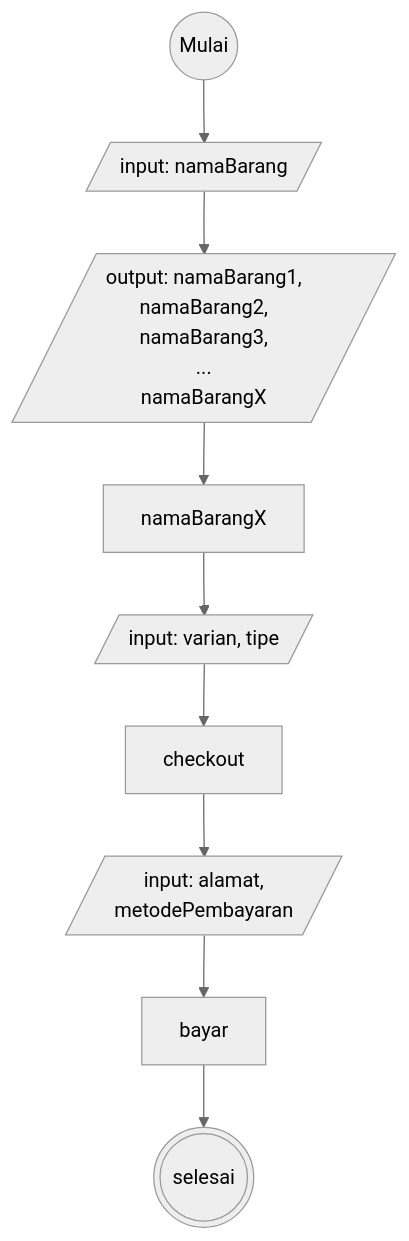
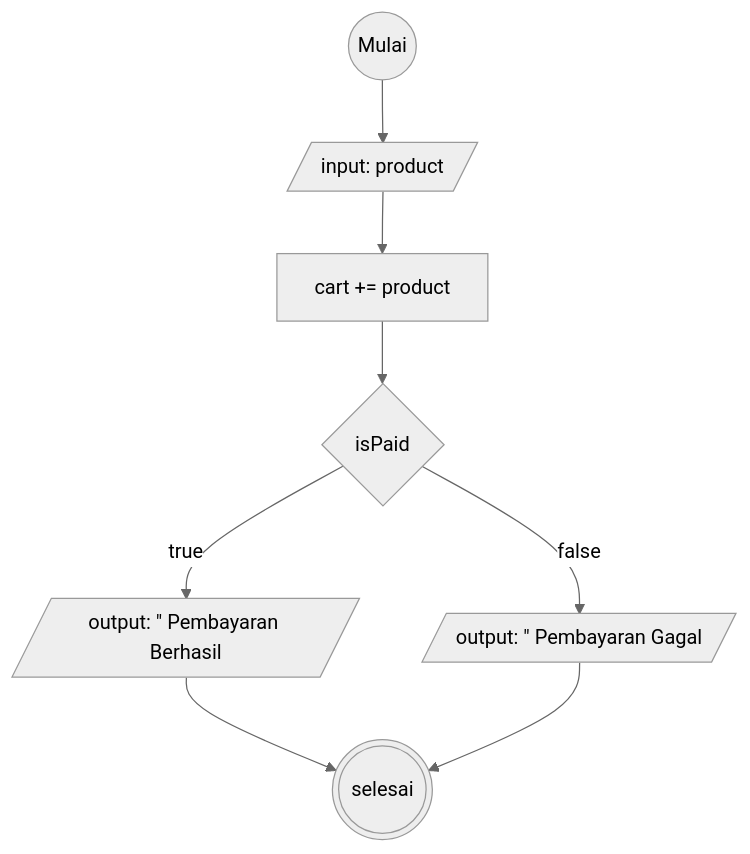
Before and after one commit to mslthn/koda-b6-algoritma: the diagram in algoritma-checkout-tokopedia.md, drawn with Mermaid (neutral theme). The commit also changed other lines of this file, not shown here.

````diff
--- a/algoritma-checkout-tokopedia.md
+++ b/algoritma-checkout-tokopedia.md
@@ -58,26 +12,16 @@
 ```mermaid
 flowchart TD
     mulai@{ shape: circ, label: "Mulai"}
-    cari@{shape: lean-r, label: "input: namaBarang"}
-    dataItem@{shape: lean-r, label: "output: namaBarang1, 
-    namaBarang2, 
-    namaBarang3,
-    ...
-    namaBarangX"}
+    cari@{shape: lean-r, label: "input: product"}
+    dataItem@{shape: rect, label: "cart += product"}
     
-    pilihItem@{label: "namaBarangX"}
-    pilihVarian@{shape: lean-r, label: "input: varian, tipe"}
-    checkout@{}
-    pilihMP@{shape: lean-r, label: "input: alamat, 
-    metodePembayaran"}
-    bayar@{}
+    isPaid@{shape: diamond, label: "isPaid"}
+    bayarBerhasil@{shape: lean-r, label: "output: #quot; Pembayaran Berhasil"}
+    bayarGagal@{shape: lean-r, label: "output: #quot; Pembayaran Gagal"}
     selesai@{shape: dbl-circ, label: "selesai"}
 
 mulai-->cari
-cari-->dataItem-->pilihItem
-pilihItem-->pilihVarian
-pilihVarian-->checkout
-checkout-->pilihMP
-pilihMP-->bayar
-bayar-->selesai
+cari-->dataItem-->isPaid
+isPaid-->|true| bayarBerhasil-->selesai
+isPaid-->|false| bayarGagal-->selesai
 ```
````
